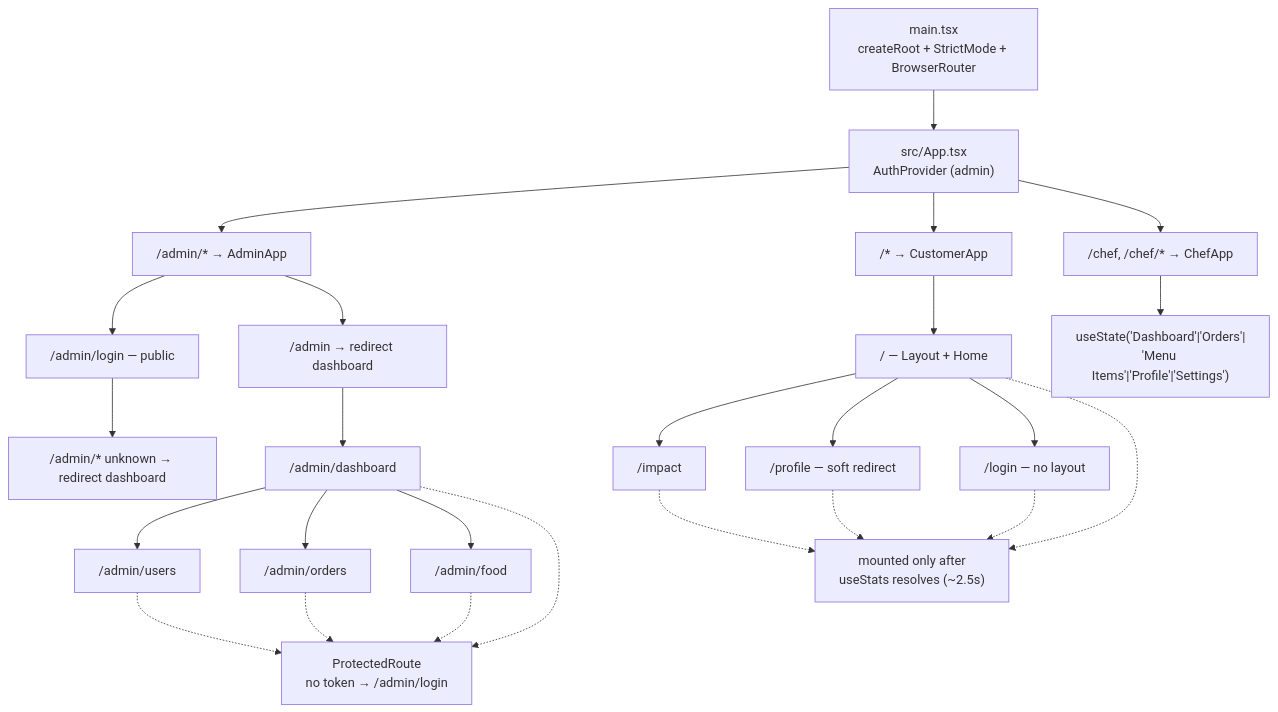
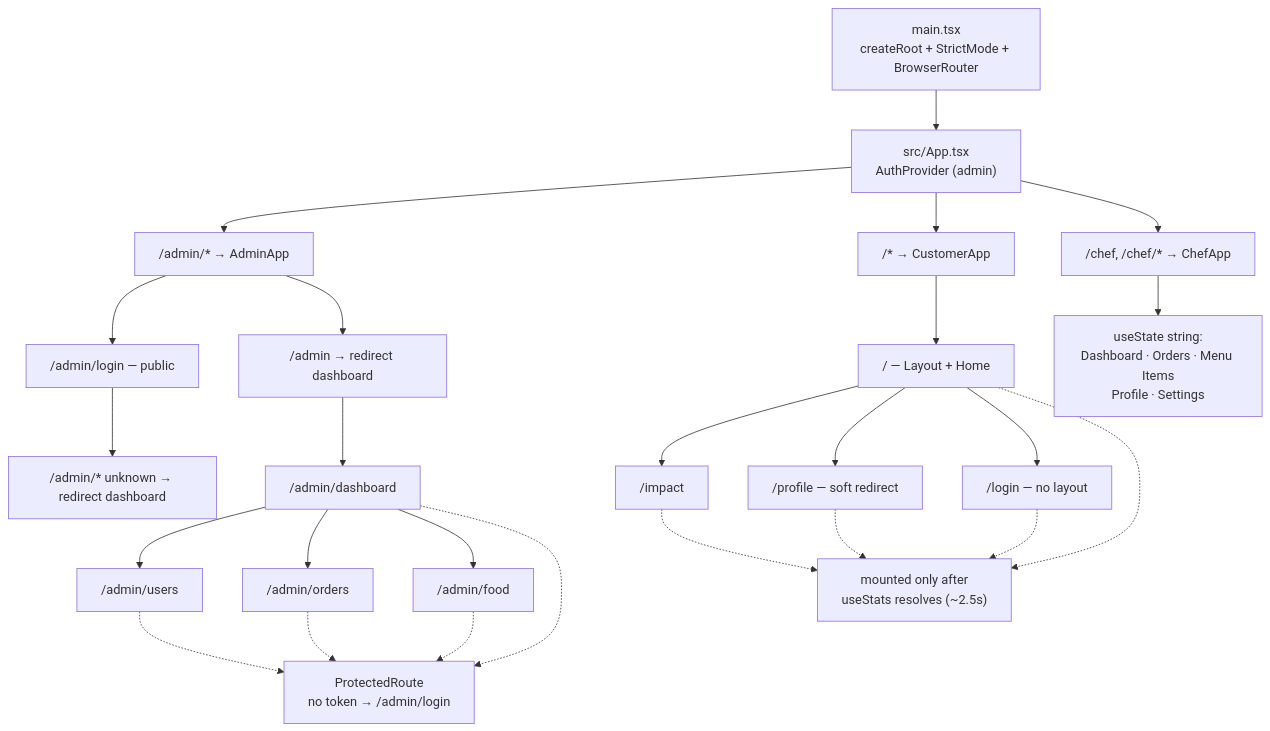
One commit to cepdnaclk/e23-co2060-Kitchen-Foods-Platform changed the fourth of 4 diagrams in docs/DEVELOPER_GUIDE.md. Above: the diagram before and after it, drawn with Mermaid. The commit also changed other lines of this file, not shown here.

Commit message:
fix: improve diagram formatting and clarity in Developer Guide

````diff
--- a/docs/DEVELOPER_GUIDE.md
+++ b/docs/DEVELOPER_GUIDE.md
@@ -716,24 +715,30 @@
 ```mermaid
 graph TB
     MAIN["main.tsx<br/>createRoot + StrictMode + BrowserRouter"] --> APP
     APP["src/App.tsx<br/>AuthProvider (admin)"] --> A
     APP --> C
     APP --> CH
 
     A["/admin/* → AdminApp"] --> A1["/admin/login — public"]
     A --> A2["/admin → redirect dashboard"]
     A2 --> A3["/admin/dashboard"]
     A3 --> A4["/admin/users"]
     A3 --> A5["/admin/orders"]
     A3 --> A6["/admin/food"]
     A1 --> A7["/admin/* unknown → redirect dashboard"]
-    A3 & A4 & A5 & A6 -.-> PR["ProtectedRoute<br/>no token → /admin/login"]
+    A3 -.-> PR["ProtectedRoute<br/>no token → /admin/login"]
+    A4 -.-> PR
+    A5 -.-> PR
+    A6 -.-> PR
 
     C["/* → CustomerApp"] --> C1["/ — Layout + Home"]
     C1 --> C2["/impact"]
     C1 --> C3["/profile — soft redirect"]
     C1 --> C4["/login — no layout"]
-    C1 & C2 & C3 & C4 -.-> SPL["mounted only after<br/>useStats resolves (~2.5s)"]
+    C1 -.-> SPL["mounted only after<br/>useStats resolves (~2.5s)"]
+    C2 -.-> SPL
+    C3 -.-> SPL
+    C4 -.-> SPL
 
-    CH["/chef, /chef/* → ChefApp"] --> CH1["useState('Dashboard'|'Orders'|<br/>'Menu Items'|'Profile'|'Settings')"]
+    CH["/chef, /chef/* → ChefApp"] --> CH1["useState string:<br/>Dashboard · Orders · Menu Items<br/>Profile · Settings"]
 ```
````
